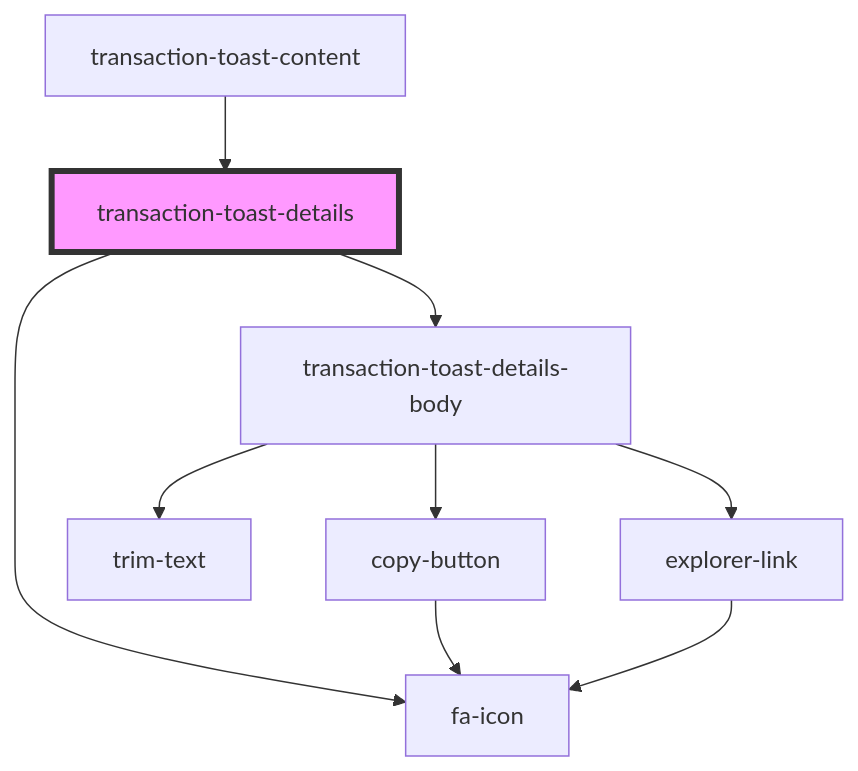
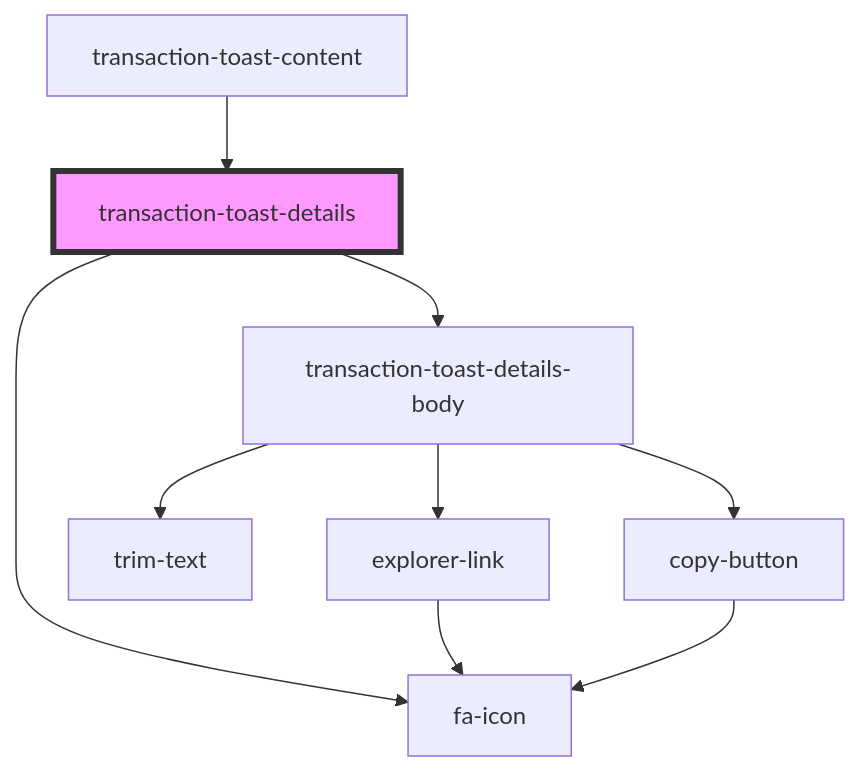
One commit to multiversx/mx-sdk-dapp-ui changed the diagram in src/components/functional/toasts-list/components/transaction-toast/components/transaction-toast-details/readme.md. Above: the diagram before and after it, drawn with Mermaid. The commit also changed other lines of this file and 13 other files, not shown here.

````diff
--- a/src/components/functional/toasts-list/components/transaction-toast/components/transaction-toast-details/readme.md
+++ b/src/components/functional/toasts-list/components/transaction-toast/components/transaction-toast-details/readme.md
@@ -30,12 +30,12 @@
 ```mermaid
 graph TD;
   transaction-toast-details --> fa-icon
   transaction-toast-details --> transaction-toast-details-body
   transaction-toast-details-body --> trim-text
+  transaction-toast-details-body --> explorer-link
   transaction-toast-details-body --> copy-button
-  transaction-toast-details-body --> explorer-link
+  explorer-link --> fa-icon
   copy-button --> fa-icon
-  explorer-link --> fa-icon
   transaction-toast-content --> transaction-toast-details
   style transaction-toast-details fill:#f9f,stroke:#333,stroke-width:4px
 ```
````
